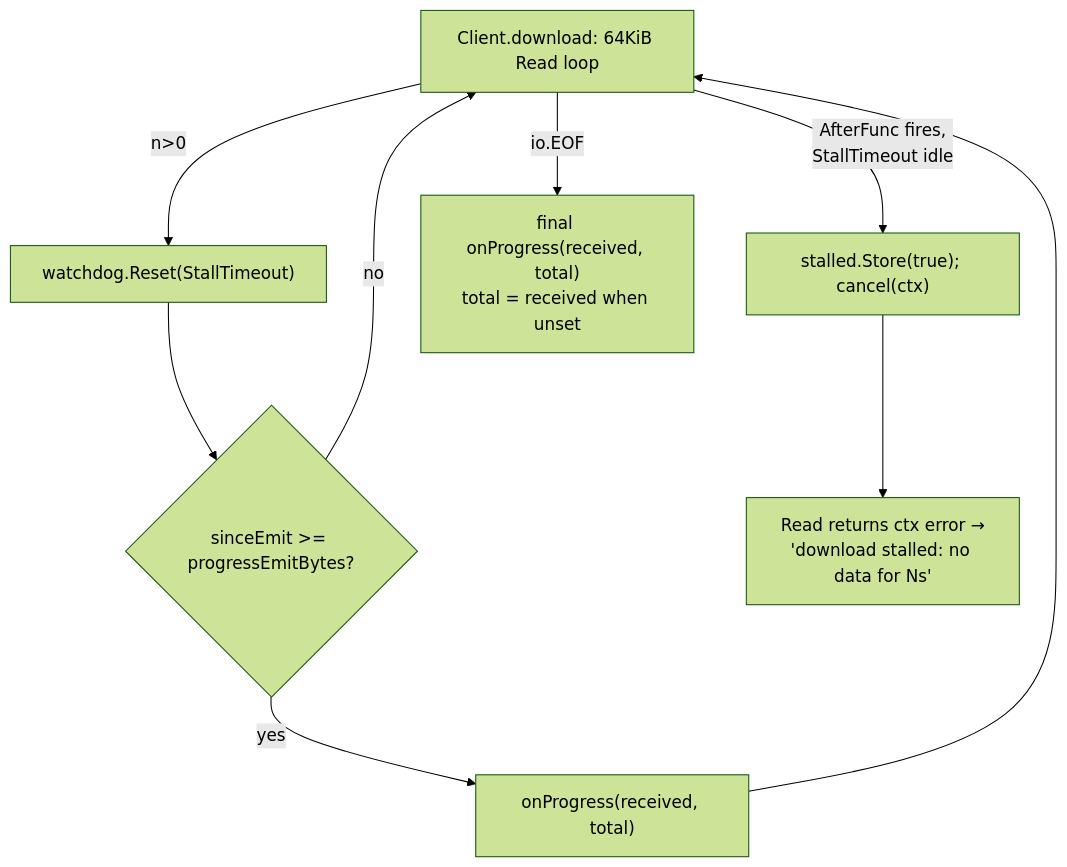
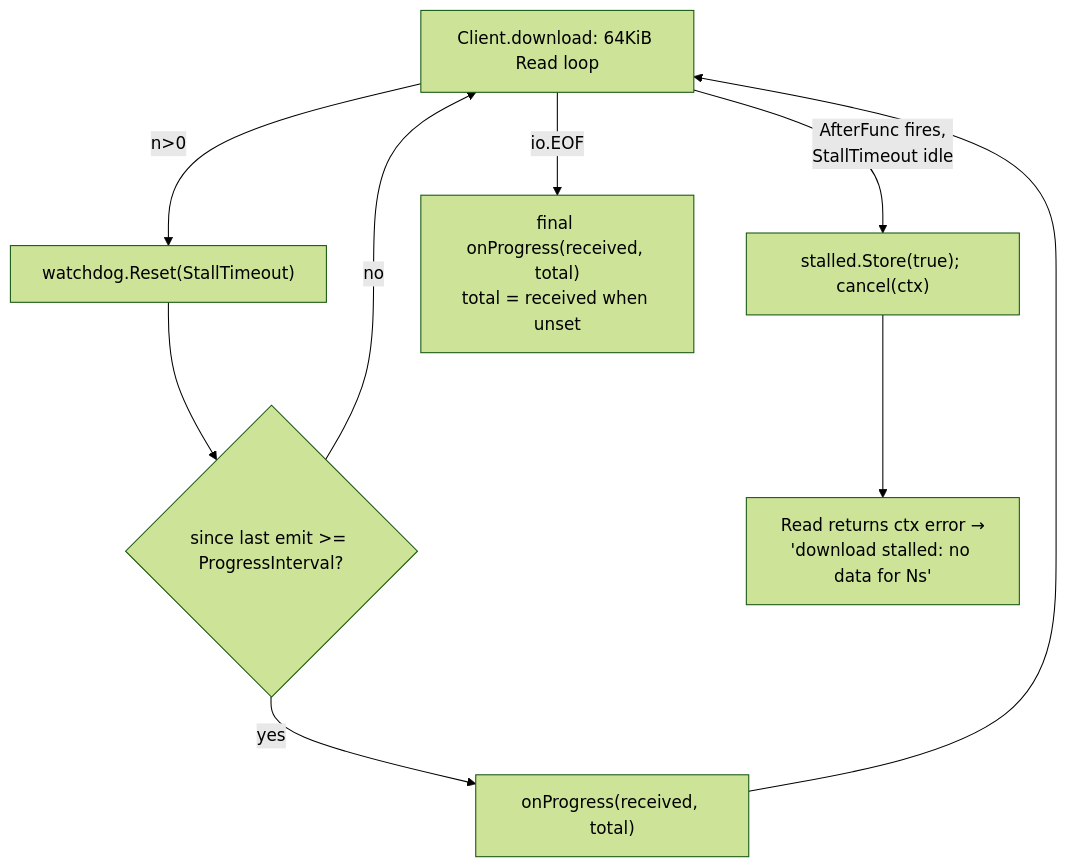
One commit to damusix/atomic-claude changed the seventh of 7 diagrams in docs/wiki/config.md. Above: the diagram before and after it, drawn with Mermaid (forest theme). The commit also changed other lines of this file and 2 other files, not shown here.

Commit message:
fix(update): tick download progress every 100ms
The 512 KiB byte gate paced the status line by throughput: a slow link
sat frozen between ticks, a fast one redrew hundreds of times a second.
Client.ProgressInterval overrides the default for tests.

````diff
--- a/docs/wiki/config.md
+++ b/docs/wiki/config.md
@@ -209,11 +209,11 @@
 ```mermaid
 flowchart TD
     D["Client.download: 64KiB Read loop"] -->|"n>0"| RST["watchdog.Reset(StallTimeout)"]
-    RST --> ACC{"sinceEmit >= progressEmitBytes?"}
+    RST --> ACC{"since last emit >= ProgressInterval?"}
     ACC -->|yes| EM["onProgress(received, total)"]
     ACC -->|no| D
     EM --> D
     D -->|"AfterFunc fires,<br/>StallTimeout idle"| ST["stalled.Store(true); cancel(ctx)"]
     ST --> ERR["Read returns ctx error →<br/>'download stalled: no data for Ns'"]
     D -->|"io.EOF"| FIN["final onProgress(received, total)<br/>total = received when unset"]
 ```
````
